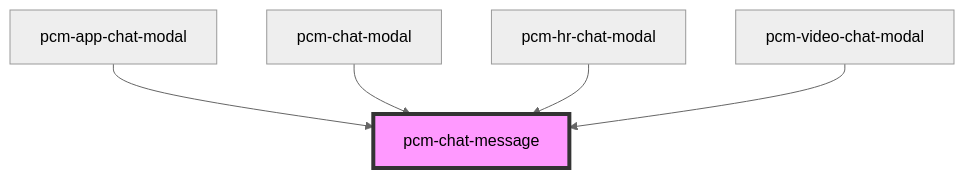
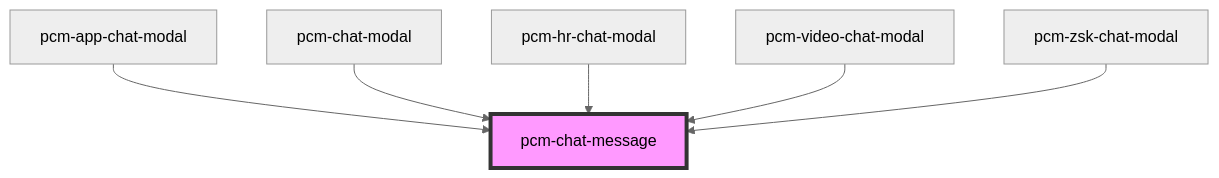
The diagram in packages/pcm-agents/docs/components/pcm-chat-message/readme.md (Pincaimao/pcm-agents-sdk), drawn with Mermaid (neutral theme) before and after one commit. The commit also changed other lines of this file and 30 other files, not shown here.

````diff
--- a/packages/pcm-agents/docs/components/pcm-chat-message/readme.md
+++ b/packages/pcm-agents/docs/components/pcm-chat-message/readme.md
@@ -30,8 +31,9 @@
 ```mermaid
 graph TD;
   pcm-app-chat-modal --> pcm-chat-message
   pcm-chat-modal --> pcm-chat-message
   pcm-hr-chat-modal --> pcm-chat-message
   pcm-video-chat-modal --> pcm-chat-message
+  pcm-zsk-chat-modal --> pcm-chat-message
   style pcm-chat-message fill:#f9f,stroke:#333,stroke-width:4px
 ```
````
